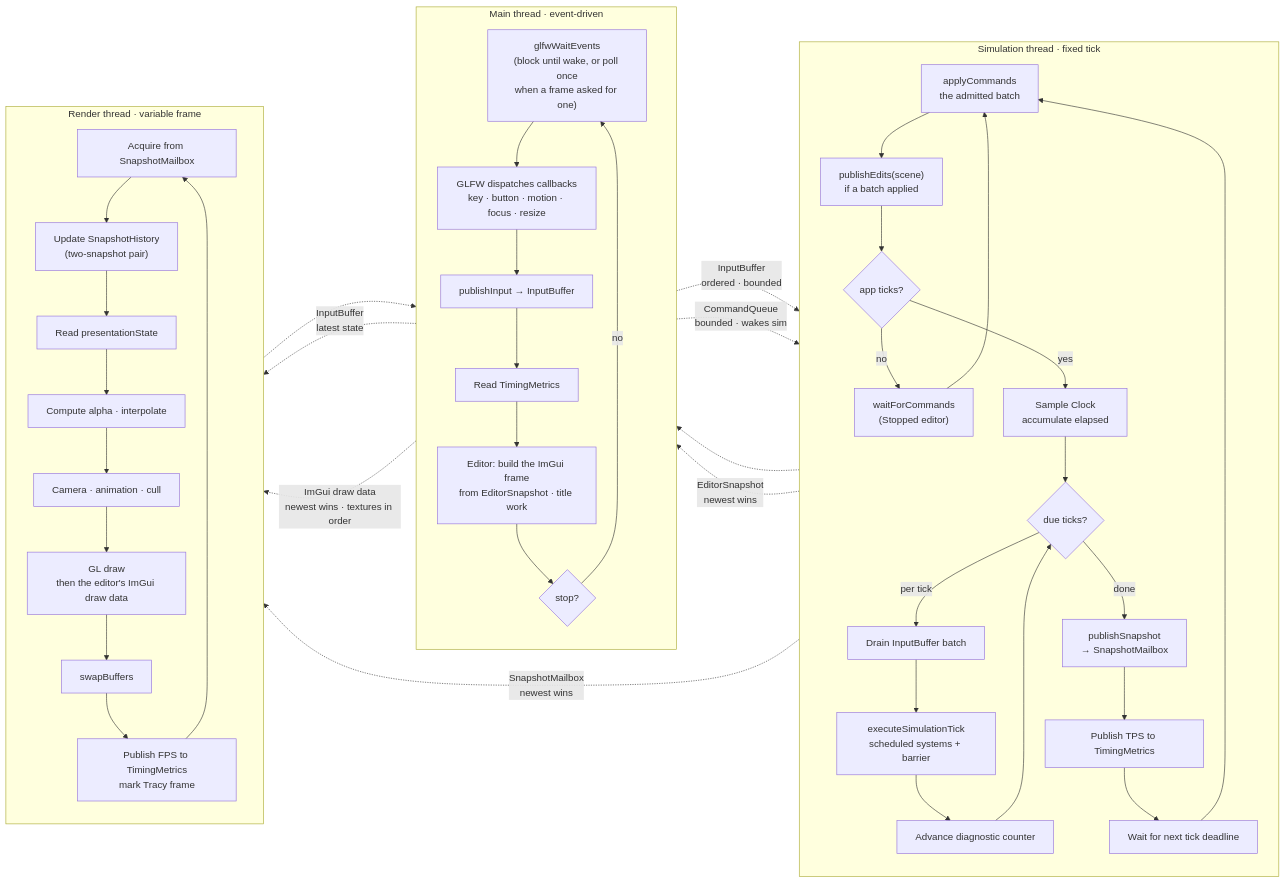
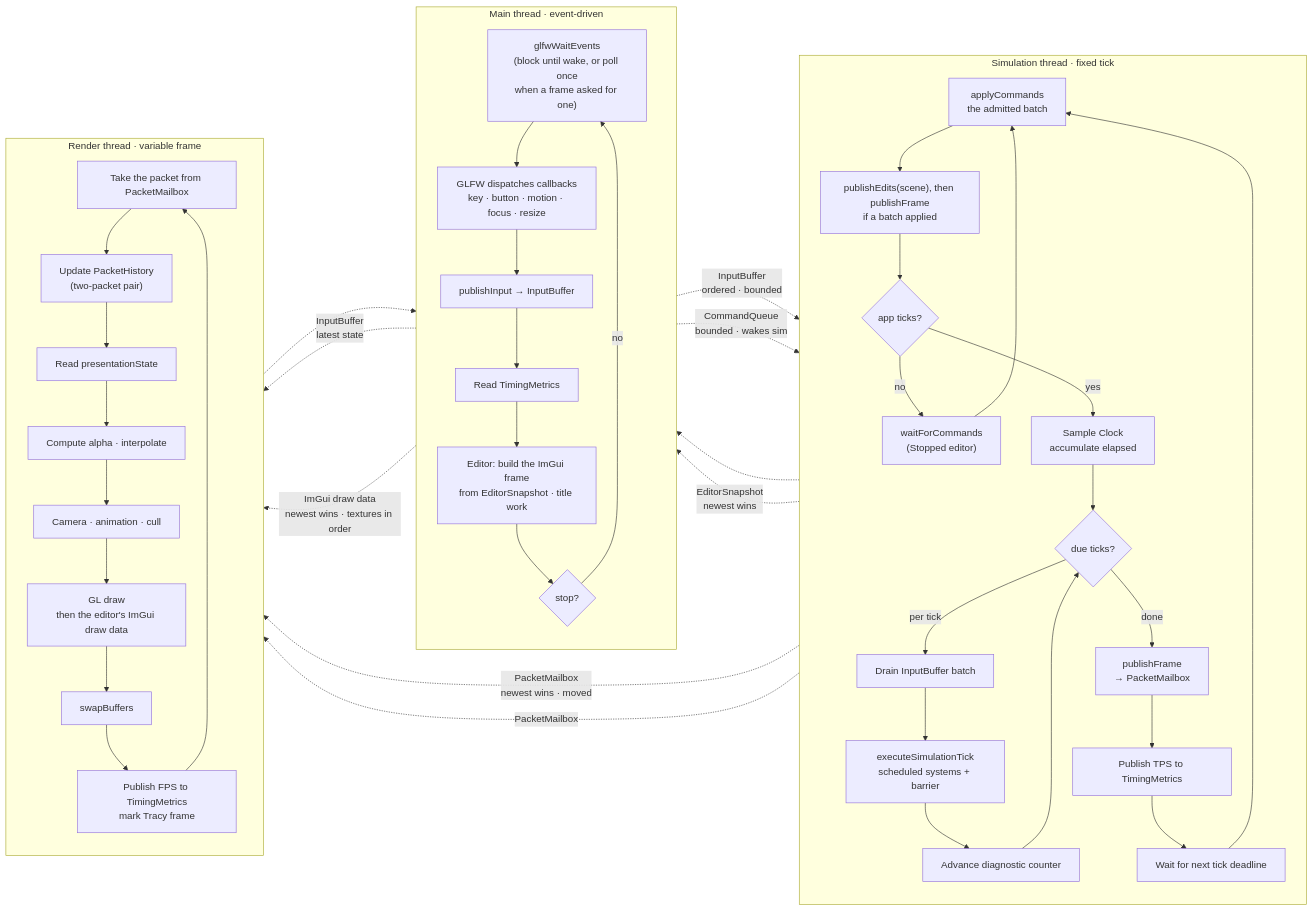
The first of 2 diagrams in 04 Design Docs/Systems/Game Loop - Frame Flow.md (techattackteam/TechEngine-vault), drawn with Mermaid before and after one commit. The commit also changed other lines of this file and 11 other files, not shown here.

````diff
--- a/04 Design Docs/Systems/Game Loop - Frame Flow.md
+++ b/04 Design Docs/Systems/Game Loop - Frame Flow.md
@@ -40,57 +44,58 @@
 ```mermaid
 flowchart LR
     subgraph Main["Main thread · event-driven"]
         direction TB
         M1["glfwWaitEvents<br/>(block until wake, or poll once<br/>when a frame asked for one)"]
         M2["GLFW dispatches callbacks<br/>key · button · motion · focus · resize"]
         M3["publishInput → InputBuffer"]
         M4["Read TimingMetrics"]
         M5["Editor: build the ImGui frame<br/>from EditorSnapshot · title work"]
         M6{"stop?"}
         M1 --> M2 --> M3 --> M4 --> M5 --> M6
         M6 -->|no| M1
     end
 
     subgraph Sim["Simulation thread · fixed tick"]
         direction TB
         S0["applyCommands<br/>the admitted batch"]
-        S0a["publishEdits(scene)<br/>if a batch applied"]
+        S0a["publishEdits(scene), then publishFrame<br/>if a batch applied"]
         S0b{"app ticks?"}
         S0c["waitForCommands<br/>(Stopped editor)"]
         S1["Sample Clock<br/>accumulate elapsed"]
         S2{"due ticks?"}
         S3["Drain InputBuffer batch"]
         S4["executeSimulationTick<br/>scheduled systems + barrier"]
         S5["Advance diagnostic counter"]
-        S6["publishSnapshot<br/>→ SnapshotMailbox"]
+        S6["publishFrame<br/>→ PacketMailbox"]
         S7["Publish TPS to TimingMetrics"]
         S8["Wait for next tick deadline"]
         S0 --> S0a --> S0b
         S0b -->|no| S0c --> S0
         S0b -->|yes| S1 --> S2
         S2 -->|"per tick"| S3 --> S4 --> S5 --> S2
         S2 -->|"done"| S6 --> S7 --> S8 --> S0
     end
 
     subgraph Render["Render thread · variable frame"]
         direction TB
-        R1["Acquire from SnapshotMailbox"]
-        R2["Update SnapshotHistory<br/>(two-snapshot pair)"]
+        R1["Take the packet from PacketMailbox"]
+        R2["Update PacketHistory<br/>(two-packet pair)"]
         R3["Read presentationState"]
         R4["Compute alpha · interpolate"]
         R5["Camera · animation · cull"]
         R6["GL draw<br/>then the editor's ImGui draw data"]
         R7["swapBuffers"]
         R8["Publish FPS to TimingMetrics<br/>mark Tracy frame"]
         R1 --> R2 --> R3 --> R4 --> R5 --> R6 --> R7 --> R8 --> R1
     end
 
     M3 -.->|"InputBuffer<br/>ordered · bounded"| S3
     M3 -.->|"InputBuffer<br/>latest state"| R3
-    S6 -.->|"SnapshotMailbox<br/>newest wins"| R1
+    S6 -.->|"PacketMailbox<br/>newest wins · moved"| R1
+    S0a -.->|"PacketMailbox"| R1
     S7 -.-> M4
     M5 -.->|"CommandQueue<br/>bounded · wakes sim"| S0
     S0a -.->|"EditorSnapshot<br/>newest wins"| M5
     M5 -.->|"ImGui draw data<br/>newest wins · textures in order"| R6
     R8 -.-> M4
 ```
````
